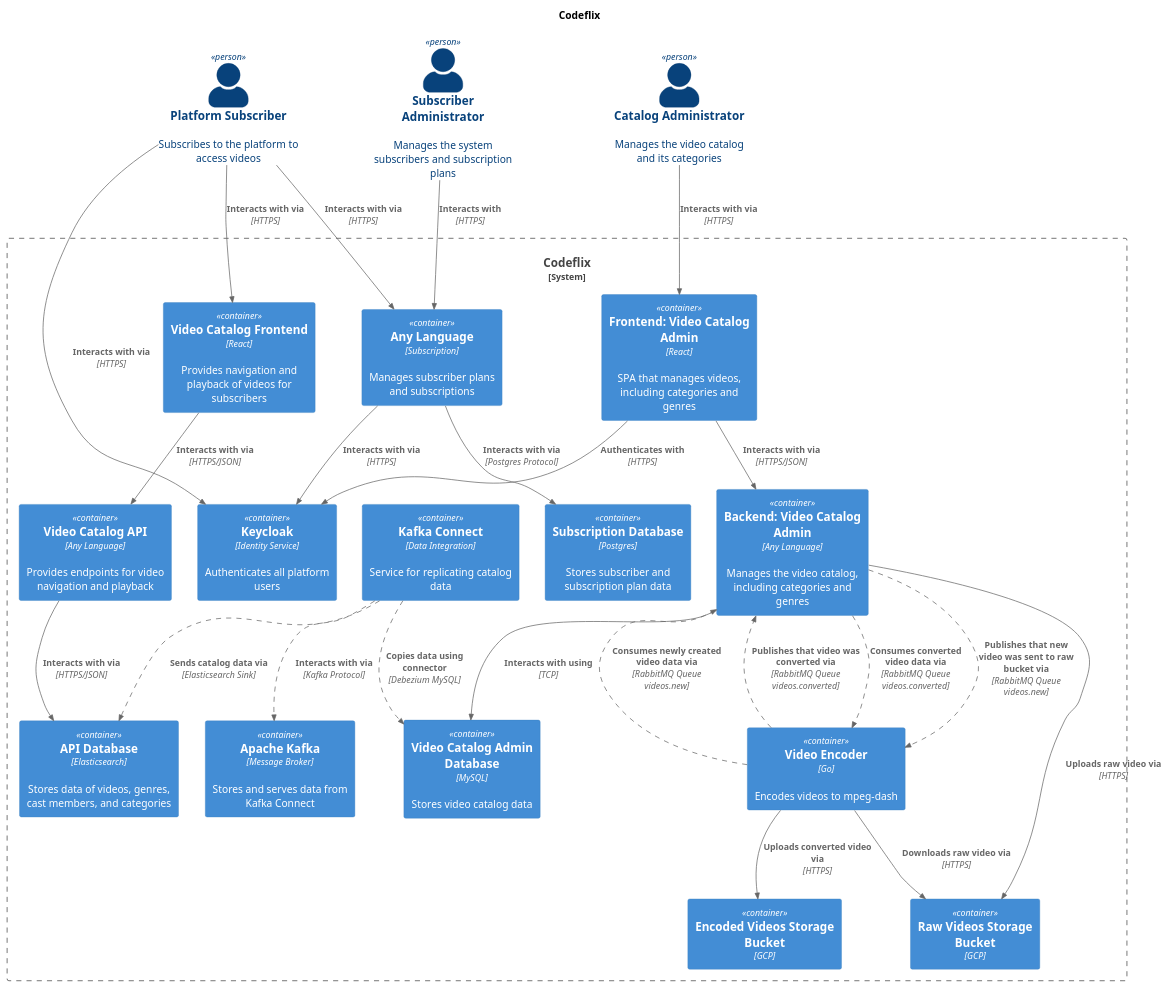
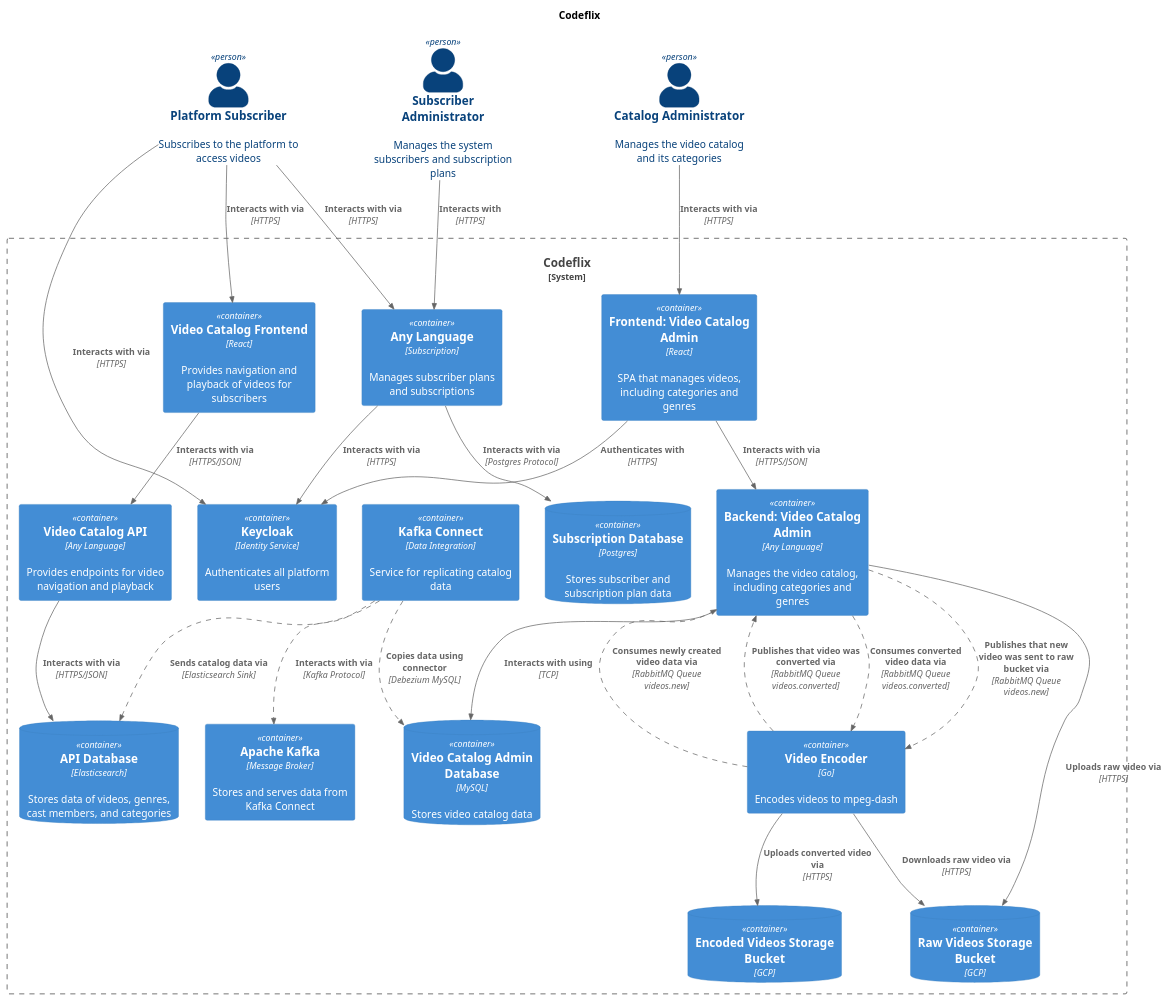
One commit to emiliosheinz/full-cycle-code-flix changed the diagram in docs/code-flix.puml. Above: the diagram before and after it, drawn with PlantUML. The commit also changed 6 other files, not shown here.

Commit message:
docs: add catalog admin backedn and improve satelite documentation

```diff
--- a/docs/code-flix.puml
+++ b/docs/code-flix.puml
@@ -1,59 +1,59 @@
-@startuml context
+@startuml 
 !include https://raw.githubusercontent.com/plantuml-stdlib/C4-PlantUML/master/C4_Container.puml
 AddRelTag("async", $lineStyle = DashedLine())
 SHOW_PERSON_PORTRAIT()
 
 title "Codeflix"
 Person(catalog_admin,"Catalog Administrator","Manages the video catalog and its categories")
 Person(subscriber_admin,"Subscriber Administrator","Manages the system subscribers and subscription plans")
 Person(subscriber,"Platform Subscriber","Subscribes to the platform to access videos")
 
 System_Boundary(gateway, "Codeflix") {
     Container(catalog_admin_frontend,"Frontend: Video Catalog Admin","React","SPA that manages videos, including categories and genres")
     Container(catalog_admin_backend,"Backend: Video Catalog Admin","Any Language","Manages the video catalog, including categories and genres")
-    Container(catalog_admin_backend_database,"Video Catalog Admin Database","MySQL","Stores video catalog data")
+    ContainerDb(catalog_admin_backend_database,"Video Catalog Admin Database","MySQL","Stores video catalog data")
     Rel(catalog_admin_frontend,catalog_admin_backend,"Interacts with via","HTTPS/JSON")
     Rel(catalog_admin_backend,catalog_admin_backend_database,"Interacts with using","TCP")
     
     Container(encoder,"Video Encoder","Go","Encodes videos to mpeg-dash")
-    Container(encoded_videos_bucket,"Encoded Videos Storage Bucket","GCP")
-    Container(raw_videos_bucket,"Raw Videos Storage Bucket","GCP")
+    ContainerDb(encoded_videos_bucket,"Encoded Videos Storage Bucket","GCP")
+    ContainerDb(raw_videos_bucket,"Raw Videos Storage Bucket","GCP")
     Rel(encoder,encoded_videos_bucket,"Uploads converted video via","HTTPS")
     Rel(encoder,raw_videos_bucket,"Downloads raw video via","HTTPS")
     Rel(catalog_admin_backend,raw_videos_bucket,"Uploads raw video via","HTTPS")
 
     Rel(encoder,catalog_admin_backend,"Consumes newly created video data via","RabbitMQ Queue videos.new",$tags = "async")
     Rel(encoder, catalog_admin_backend,"Publishes that video was converted via","RabbitMQ Queue videos.converted",$tags = "async")
     Rel(catalog_admin_backend, encoder,"Consumes converted video data via","RabbitMQ Queue videos.converted",$tags = "async")
     Rel(catalog_admin_backend, encoder,"Publishes that new video was sent to raw bucket via","RabbitMQ Queue videos.new",$tags = "async")
 
     Container(catalog_frontend,"Video Catalog Frontend","React","Provides navigation and playback of videos for subscribers")
     Container(catalog_api,"Video Catalog API","Any Language","Provides endpoints for video navigation and playback")
-    Container(catalog_api_database,"API Database","Elasticsearch","Stores data of videos, genres, cast members, and categories")
+    ContainerDb(catalog_api_database,"API Database","Elasticsearch","Stores data of videos, genres, cast members, and categories")
     Container(kafka,"Apache Kafka","Message Broker","Stores and serves data from Kafka Connect")
     Container(kafka_connect,"Kafka Connect","Data Integration","Service for replicating catalog data")
     Rel(catalog_api,catalog_api_database,"Interacts with via","HTTPS/JSON")
     Rel(kafka_connect,catalog_api_database,"Sends catalog data via","Elasticsearch Sink",$tags = "async")
     Rel(kafka_connect,catalog_admin_backend_database,"Copies data using connector","Debezium MySQL",$tags = "async")
     Rel(kafka_connect,kafka,"Interacts with via","Kafka Protocol",$tags = "async")
 
     Container(subscription,"Any Language","Subscription","Manages subscriber plans and subscriptions")
-    Container(subscription_postgres,"Subscription Database","Postgres","Stores subscriber and subscription plan data")
+    ContainerDb(subscription_postgres,"Subscription Database","Postgres","Stores subscriber and subscription plan data")
     Rel(subscription,subscription_postgres,"Interacts with via","Postgres Protocol")
 
     Container(keycloak,"Keycloak","Identity Service","Authenticates all platform users")
 
     Rel(catalog_admin,catalog_admin_frontend,"Interacts with via","HTTPS")
     
     Rel(subscriber,subscription,"Interacts with via","HTTPS")
     Rel(subscriber,keycloak,"Interacts with via","HTTPS")
     Rel(subscription,keycloak,"Interacts with via","HTTPS")
 
     Rel(catalog_admin_frontend,keycloak,"Authenticates with","HTTPS")
 
     Rel(subscriber,catalog_frontend,"Interacts with via","HTTPS")
     Rel(catalog_frontend,catalog_api,"Interacts with via","HTTPS/JSON")
 
     Rel(subscriber_admin,subscription,"Interacts with","HTTPS")
 }
 @enduml
```
